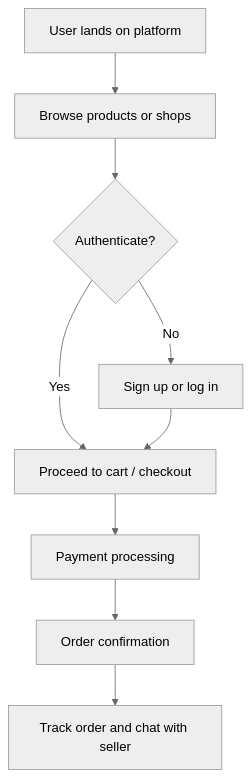
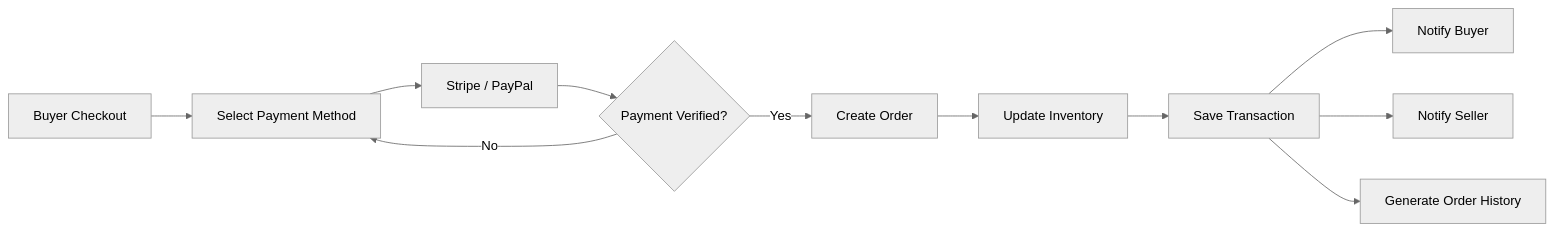
One commit to codebysana/OmniMart changed the third of 11 diagrams in README.md. Above: the diagram before and after it, drawn with Mermaid (neutral theme). The commit also changed other lines of this file, not shown here.

````diff
--- a/README.md
+++ b/README.md
@@ -152,11 +952,43 @@
 ```mermaid
-flowchart TD
-    A[User lands on platform] --> B[Browse products or shops]
-    B --> C{Authenticate?}
-    C -->|Yes| D[Proceed to cart / checkout]
-    C -->|No| E[Sign up or log in]
-    E --> D
-    D --> F[Payment processing]
-    F --> G[Order confirmation]
-    G --> H[Track order and chat with seller]
+flowchart LR
+
+A[Buyer Checkout]
+
+B[Select Payment Method]
+
+C[Stripe / PayPal]
+
+D{Payment Verified?}
+
+E[Create Order]
+
+F[Update Inventory]
+
+G[Save Transaction]
+
+H[Notify Buyer]
+
+I[Notify Seller]
+
+J[Generate Order History]
+
+A --> B
+
+B --> C
+
+C --> D
+
+D -- No --> B
+
+D -- Yes --> E
+
+E --> F
+
+F --> G
+
+G --> H
+
+G --> I
+
+G --> J
 ```
````
